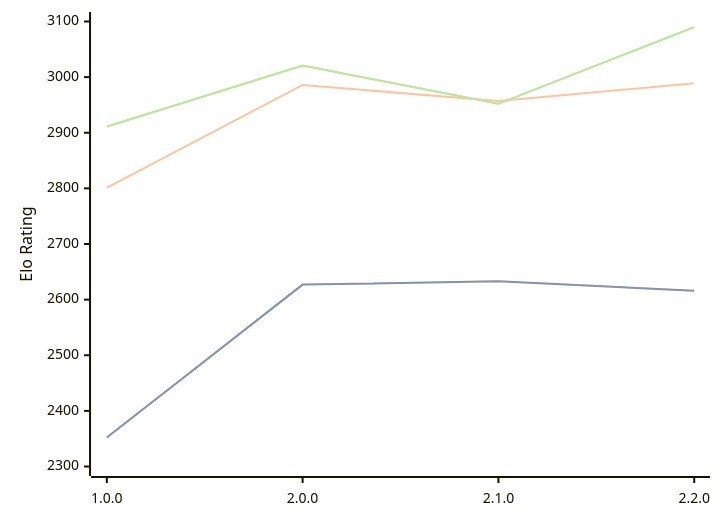
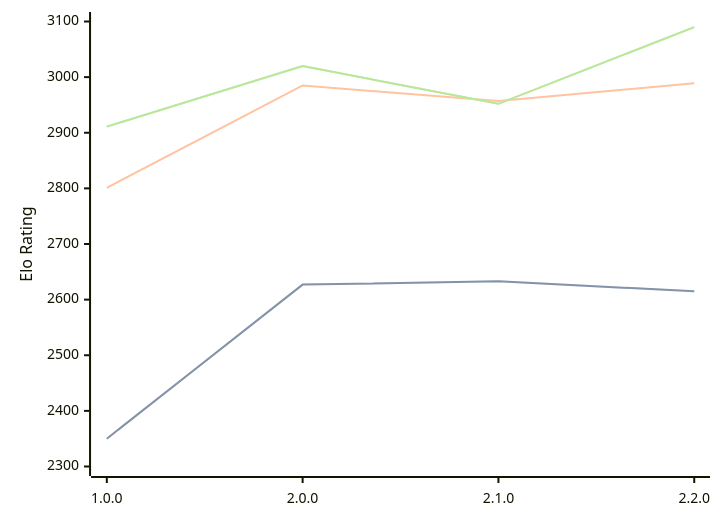
One commit to computer-chess-index/cci changed the diagram in engines/Catalyst.md. Above: the diagram before and after it, drawn with Mermaid. The commit also changed other lines of this file, not shown here.

Commit message:
Update CCI Ratings (ELO VLTC) - 2026-04-16

````diff
--- a/engines/Catalyst.md
+++ b/engines/Catalyst.md
@@ -34,11 +34,11 @@
 ```mermaid
 %%{init: {"theme":"base","themeVariables":{"seriesColors:['#a3a3a3','#222221','#faa371']}}}%%
 xychart-beta
   x-axis ["1.0.0", "2.0.0", "2.1.0", "2.2.0"]
   y-axis "Elo Rating" 2300 --> 3100
-  line "STC (8.0+0.08s)" [2352, 2627, 2633, 2616]
-  line "STC (8.0+0.08s)" [2352, 2627, 2633, 2616]
-  line "LTC (60.0+0.60s)" [2801, 2986, 2957, 2989]
-  line "VLTC (2m24s+1.12s)" [2911, 3021, 2952, 3090]
-  line "VLTC (2m24s+1.12s)" [2911, 3021, 2952, 3090]
+  line "STC (8.0+0.08s)" [2350, 2627, 2633, 2615]
+  line "STC (8.0+0.08s)" [2350, 2627, 2633, 2615]
+  line "LTC (60.0+0.60s)" [2801, 2985, 2957, 2989]
+  line "VLTC (2m24s+1.12s)" [2911, 3020, 2952, 3090]
+  line "VLTC (2m24s+1.12s)" [2911, 3020, 2952, 3090]
 ```
````
